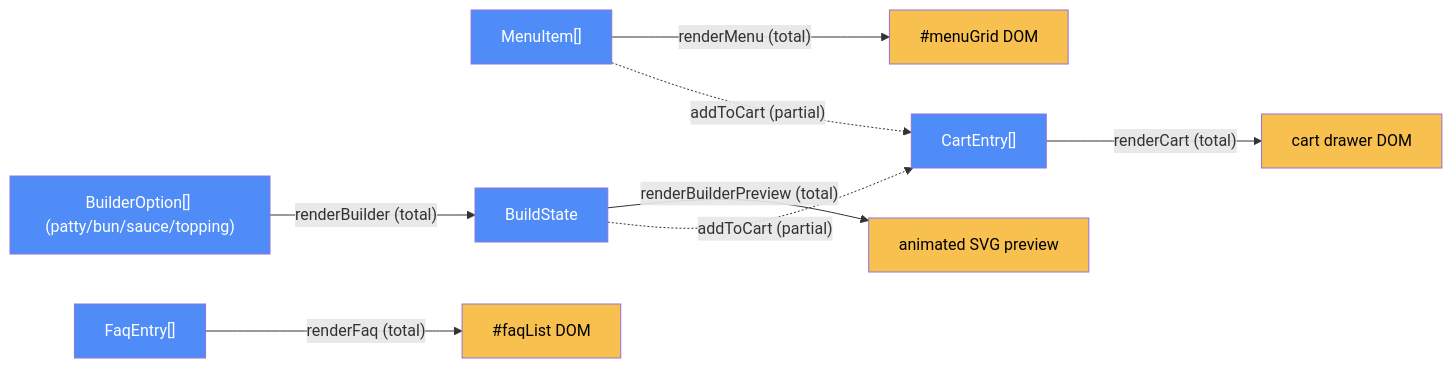
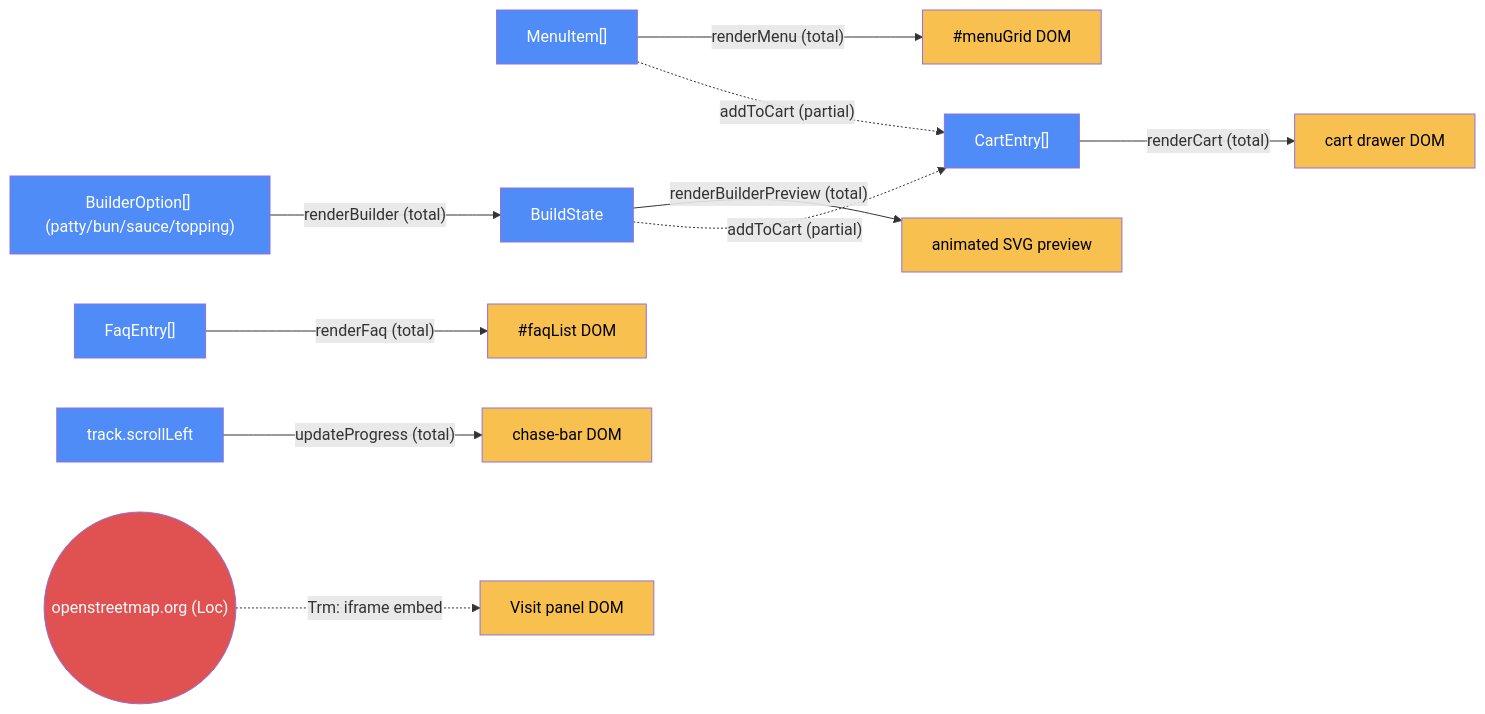
Before and after one commit to ElroyQQ/dodo_burgers_POC: the diagram in dodo-burgers/docs/storefront/ARCHITECTURE.md, drawn with Mermaid. The commit also changed other lines of this file and 4 other files, not shown here.

````diff
--- a/dodo-burgers/docs/storefront/ARCHITECTURE.md
+++ b/dodo-burgers/docs/storefront/ARCHITECTURE.md
@@ -18,30 +22,40 @@
 ```mermaid
 graph LR
     MENU["MenuItem[]"]
     BUILDER["BuilderOption[] (patty/bun/sauce/topping)"]
     FAQ["FaqEntry[]"]
     BUILD["BuildState"]
     CART["CartEntry[]"]
     DOM1["#menuGrid DOM"]
     DOM2["cart drawer DOM"]
     DOM3["#faqList DOM"]
     SVG["animated SVG preview"]
 
     MENU -->|"renderMenu (total)"| DOM1
     BUILDER -->|"renderBuilder (total)"| BUILD
     BUILD -->|"renderBuilderPreview (total)"| SVG
     BUILD -.->|"addToCart (partial)"| CART
     MENU -.->|"addToCart (partial)"| CART
     CART -->|"renderCart (total)"| DOM2
     FAQ -->|"renderFaq (total)"| DOM3
 
+    SCROLL["track.scrollLeft"]
+    CHASE["chase-bar DOM"]
+    OSM(("openstreetmap.org (Loc)"))
+    SCROLL -->|"updateProgress (total)"| CHASE
+    OSM -.->|"Trm: iframe embed"| DOM4["Visit panel DOM"]
+
     style MENU fill:#4f8cf7,color:#fff
     style BUILDER fill:#4f8cf7,color:#fff
     style FAQ fill:#4f8cf7,color:#fff
     style BUILD fill:#4f8cf7,color:#fff
     style CART fill:#4f8cf7,color:#fff
+    style SCROLL fill:#4f8cf7,color:#fff
     style DOM1 fill:#f7c04f,color:#000
     style DOM2 fill:#f7c04f,color:#000
     style DOM3 fill:#f7c04f,color:#000
+    style DOM4 fill:#f7c04f,color:#000
     style SVG fill:#f7c04f,color:#000
+    style CHASE fill:#f7c04f,color:#000
+    style OSM fill:#e05252,color:#fff
 ```
````
